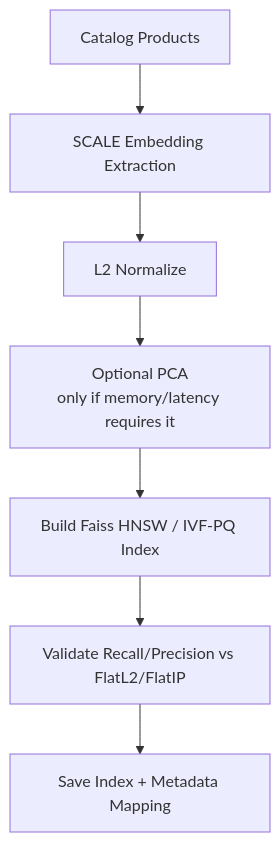
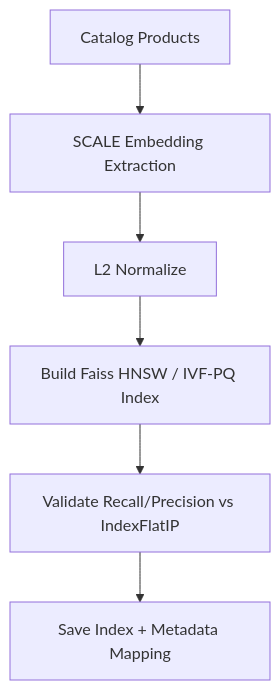
The eighth of 13 diagrams in docs/proposal/proposal.md (Computer-Vision-HCMUS/Product-Ecommerce-Image-Retrieval), drawn with Mermaid before and after one commit. The commit also changed other lines of this file and 15 other files, not shown here.

````diff
--- a/docs/proposal/proposal.md
+++ b/docs/proposal/proposal.md
@@ -868,9 +847,8 @@
 ```mermaid
 flowchart TD
     C["Catalog Products"] --> E["SCALE Embedding Extraction"]
     E --> N["L2 Normalize"]
-    N --> P["Optional PCA<br/>only if memory/latency requires it"]
-    P --> B["Build Faiss HNSW / IVF-PQ Index"]
-    B --> V["Validate Recall/Precision vs FlatL2/FlatIP"]
+    N --> B["Build Faiss HNSW / IVF-PQ Index"]
+    B --> V["Validate Recall/Precision vs IndexFlatIP"]
     V --> S["Save Index + Metadata Mapping"]
 ```
````
